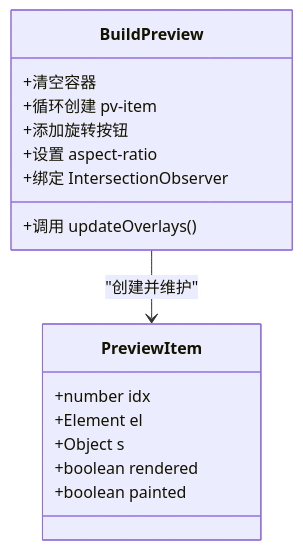
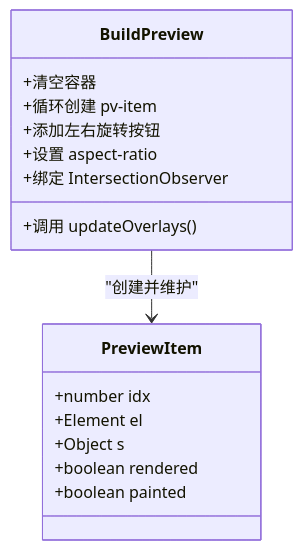
Before and after one commit to wzh8080/PDFTools: the seventh of 10 diagrams in .qoder/repowiki/zh/content/Web应用架构/PDF处理引擎/预览渲染系统.md, drawn with Mermaid. The commit also changed other lines of this file and 28 other files, not shown here.

````diff
--- a/.qoder/repowiki/zh/content/Web应用架构/PDF处理引擎/预览渲染系统.md
+++ b/.qoder/repowiki/zh/content/Web应用架构/PDF处理引擎/预览渲染系统.md
@@ -263,19 +279,19 @@
 ```mermaid
 classDiagram
 class PreviewItem {
 +number idx
 +Element el
 +Object s
 +boolean rendered
 +boolean painted
 }
 class BuildPreview {
 +清空容器
 +循环创建 pv-item
-+添加旋转按钮
++添加左右旋转按钮
 +设置 aspect-ratio
 +调用 updateOverlays()
 +绑定 IntersectionObserver
 }
 BuildPreview --> PreviewItem : "创建并维护"
 ```
````
